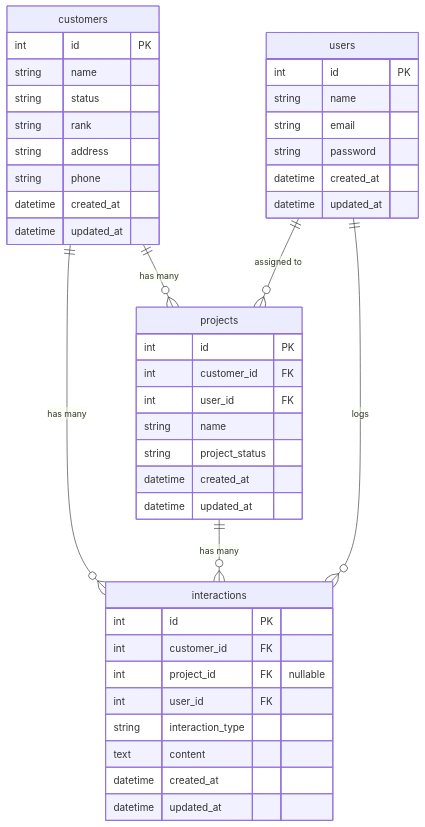
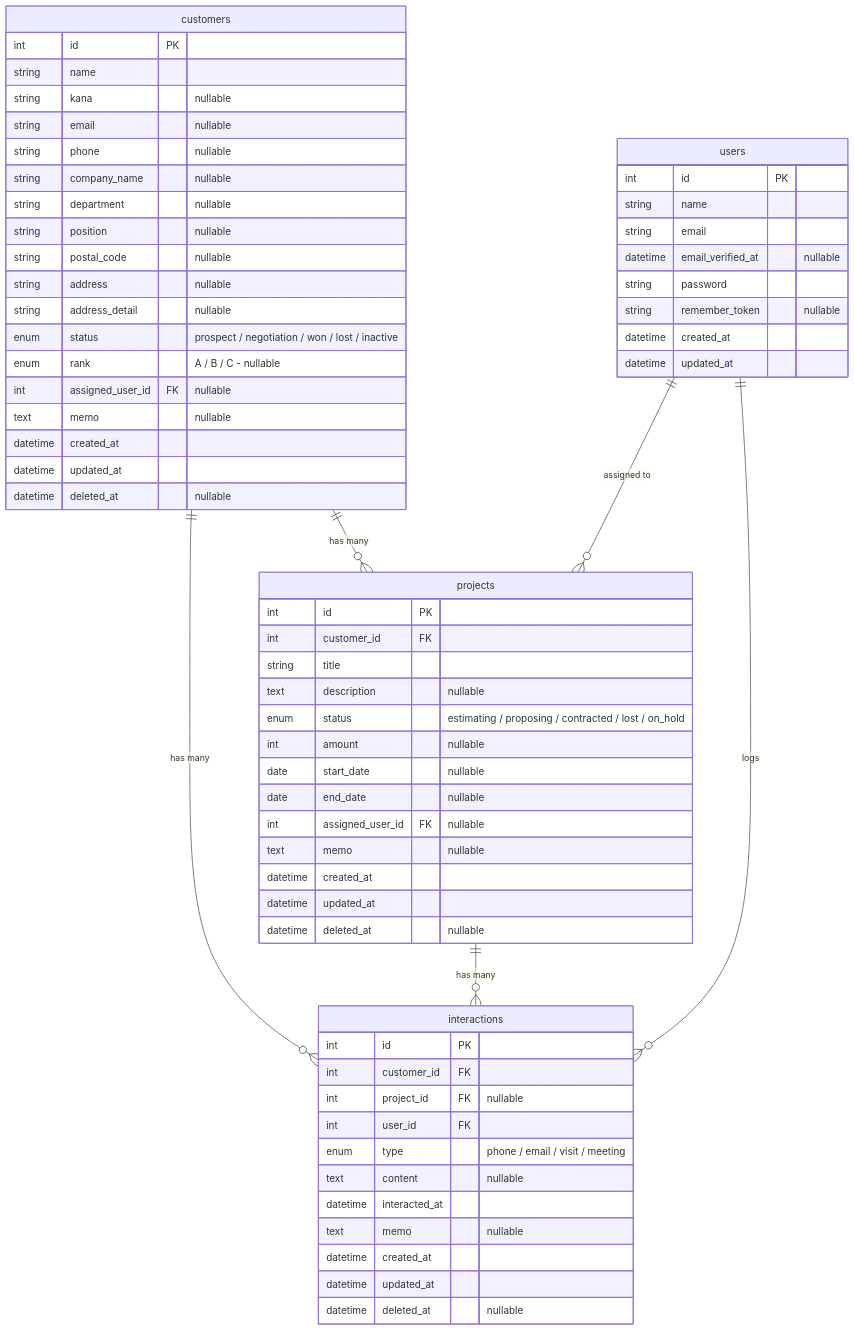
One commit to Kouhei-Yagi/laravel-crm-app changed the diagram in README.md. Above: the diagram before and after it, drawn with Mermaid. The commit also changed other lines of this file, not shown here.

Commit message:
docs: README の ER 図セクションを更新

````diff
--- a/README.md
+++ b/README.md
@@ -94,51 +95,72 @@
 ```mermaid
 erDiagram
 
     customers ||--o{ projects : "has many"
     customers ||--o{ interactions : "has many"
 
     projects ||--o{ interactions : "has many"
     users ||--o{ projects : "assigned to"
     users ||--o{ interactions : "logs"
 
     customers {
         int id PK
         string name
-        string status
-        string rank
-        string address
-        string phone
+        string kana "nullable"
+        string email "nullable"
+        string phone "nullable"
+        string company_name "nullable"
+        string department "nullable"
+        string position "nullable"
+        string postal_code "nullable"
+        string address "nullable"
+        string address_detail "nullable"
+        enum status "prospect / negotiation / won / lost / inactive"
+        enum rank "A / B / C - nullable"
+        int assigned_user_id FK "nullable"
+        text memo "nullable"
         datetime created_at
         datetime updated_at
+        datetime deleted_at "nullable"
     }
 
     projects {
         int id PK
         int customer_id FK
-        int user_id FK
-        string name
-        string project_status
+        string title
+        text description "nullable"
+        enum status "estimating / proposing / contracted / lost / on_hold"
+        int amount "nullable"
+        date start_date "nullable"
+        date end_date "nullable"
+        int assigned_user_id FK "nullable"
+        text memo "nullable"
         datetime created_at
         datetime updated_at
+        datetime deleted_at "nullable"
     }
 
     interactions {
         int id PK
         int customer_id FK
         int project_id FK "nullable"
         int user_id FK
-        string interaction_type
-        text content
+        enum type "phone / email / visit / meeting"
+        text content "nullable"
+        datetime interacted_at
+        text memo "nullable"
         datetime created_at
         datetime updated_at
+        datetime deleted_at "nullable"
     }
 
     users {
         int id PK
         string name
         string email
+        datetime email_verified_at "nullable"
         string password
+        string remember_token "nullable"
         datetime created_at
         datetime updated_at
     }
 ```
````
